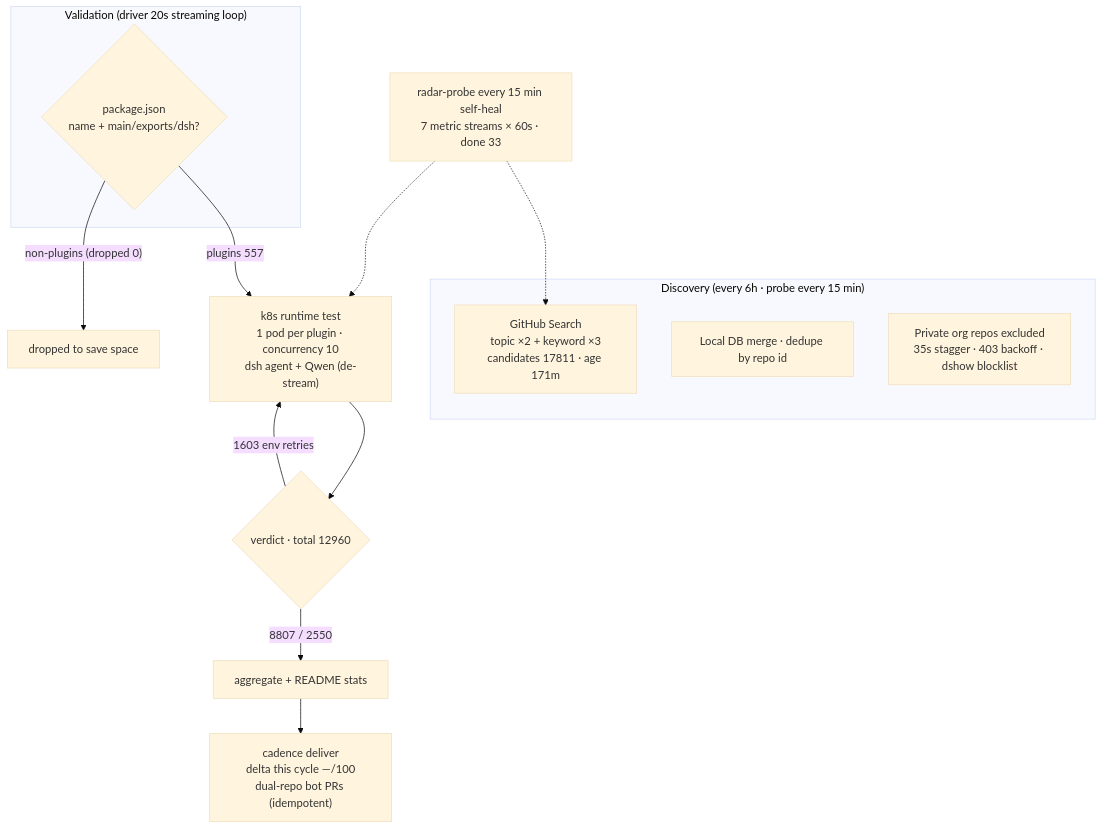
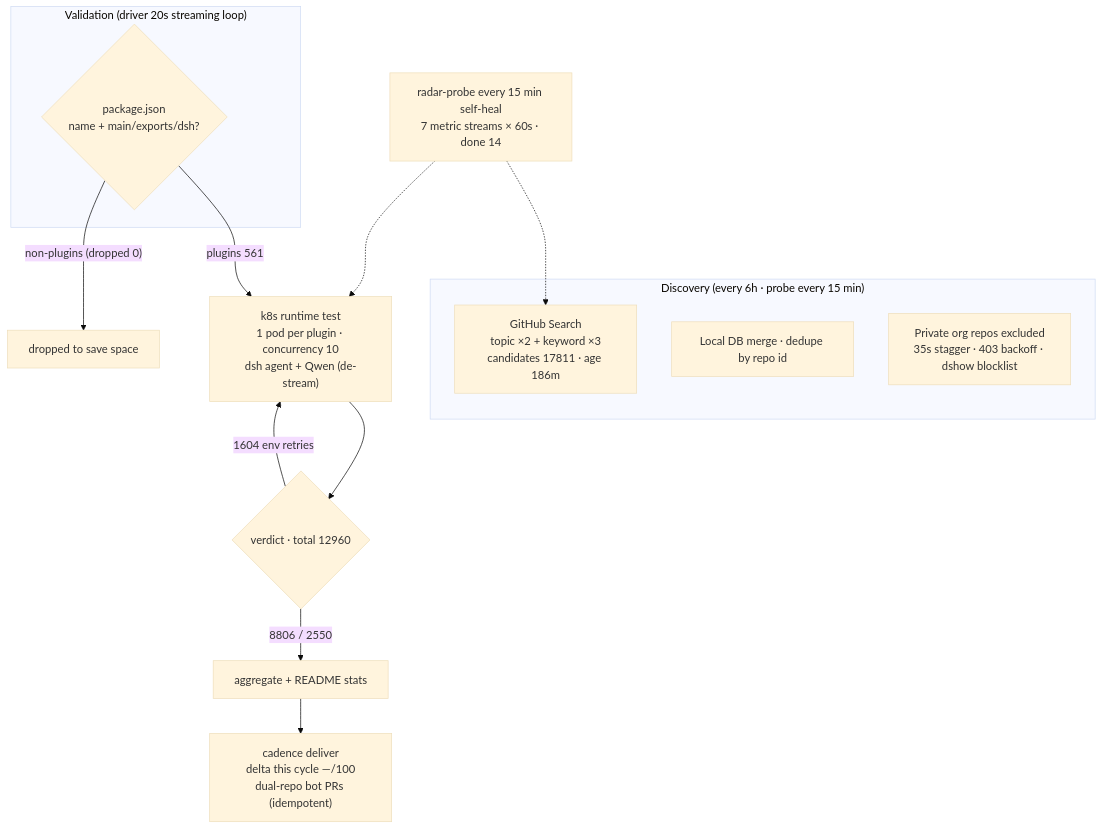
One commit to AdamPlatin123/awesome-dsh-plugins changed the diagram in README.en-US.md. Above: the diagram before and after it, drawn with Mermaid (base theme). The commit also changed other lines of this file and 5 other files, not shown here.

````diff
--- a/README.en-US.md
+++ b/README.en-US.md
@@ -45,20 +45,20 @@
 ```mermaid
 flowchart TB
     subgraph Discovery["Discovery (every 6h · probe every 15 min)"]
-        A1["GitHub Search<br/>topic ×2 + keyword ×3<br/>candidates 17811 · age 171m"]
+        A1["GitHub Search<br/>topic ×2 + keyword ×3<br/>candidates 17811 · age 186m"]
         A2["Local DB merge · dedupe by repo id"]
         A3["Private org repos excluded<br/>35s stagger · 403 backoff · dshow blocklist"]
     end
     subgraph Validation["Validation (driver 20s streaming loop)"]
         B1{"package.json<br/>name + main/exports/dsh?"}
     end
-    B1 -->|"plugins 557"| C1["k8s runtime test<br/>1 pod per plugin · concurrency 10<br/>dsh agent + Qwen (de-stream)"]
+    B1 -->|"plugins 561"| C1["k8s runtime test<br/>1 pod per plugin · concurrency 10<br/>dsh agent + Qwen (de-stream)"]
     B1 -->|"non-plugins (dropped 0)"| B3["dropped to save space"]
     C1 --> D1{"verdict · total 12960"}
-    D1 -->|"8807 / 2550"| E1["aggregate + README stats"]
-    D1 -->|"1603 env retries"| C1
+    D1 -->|"8806 / 2550"| E1["aggregate + README stats"]
+    D1 -->|"1604 env retries"| C1
     E1 --> E2["cadence deliver<br/>delta this cycle —/100<br/>dual-repo bot PRs (idempotent)"]
-    M["radar-probe every 15 min self-heal<br/>7 metric streams × 60s · done 33"]
+    M["radar-probe every 15 min self-heal<br/>7 metric streams × 60s · done 14"]
     M -.-> A1
     M -.-> C1
 ```
````
